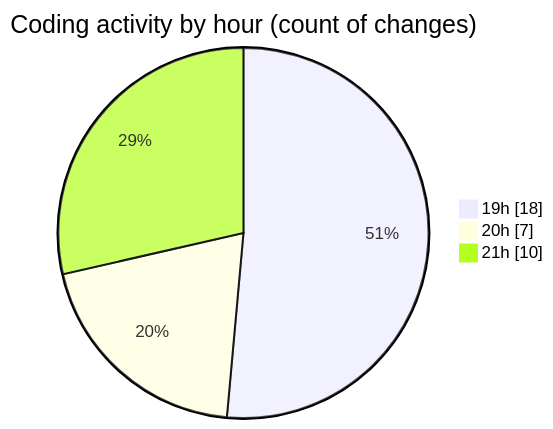
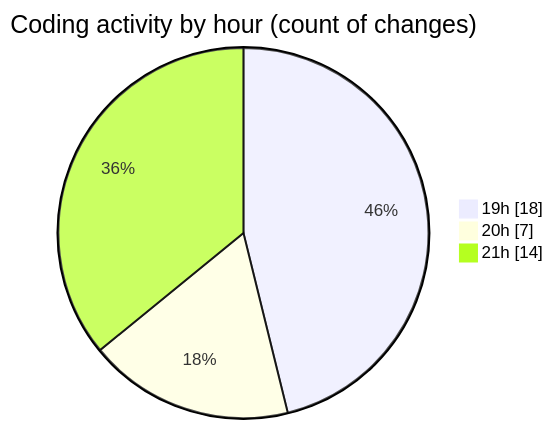
One commit to Elitesun/code-tracking changed the second of 2 diagrams in 2025-02-05/react_ecom/README.md. Above: the diagram before and after it, drawn with Mermaid. The commit also changed other lines of this file and 1 other file, not shown here.

````diff
--- a/2025-02-05/react_ecom/README.md
+++ b/2025-02-05/react_ecom/README.md
@@ -39,7 +39,7 @@
 ```mermaid
 pie showData
 title Coding activity by hour (count of changes)
 "19h" : 18
 "20h" : 7
-"21h" : 10
+"21h" : 14
 ```
````
